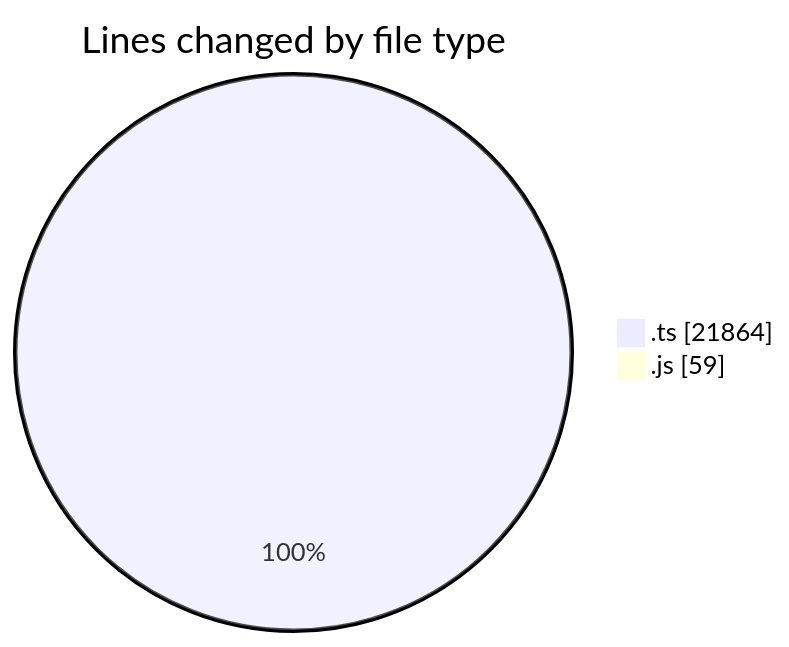
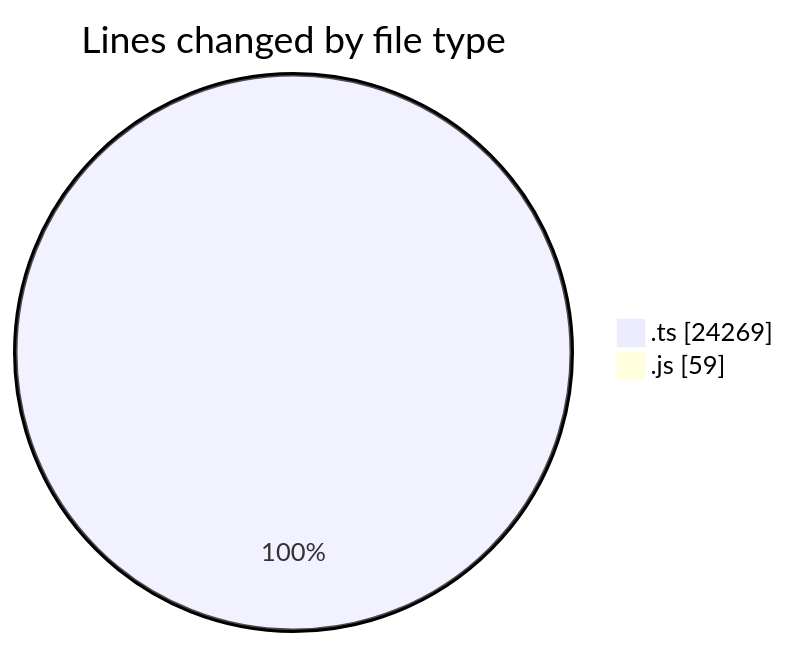
One commit to momahboobian/code-tracking changed the first of 2 diagrams in 2026-11-03/cda/README.md. Above: the diagram before and after it, drawn with Mermaid. The commit also changed other lines of this file and 1 other file, not shown here.

````diff
--- a/2026-11-03/cda/README.md
+++ b/2026-11-03/cda/README.md
@@ -35,6 +35,6 @@
 ```mermaid
 pie showData
 title Lines changed by file type
-".ts" : 21864
+".ts" : 24269
 ".js" : 59
 ```
````
